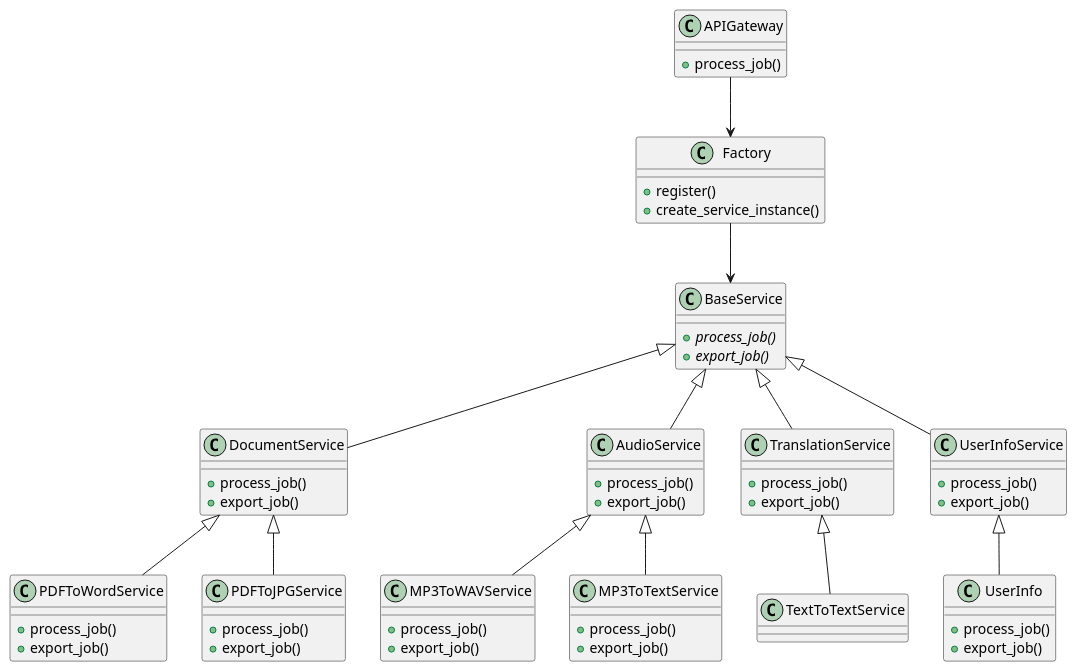
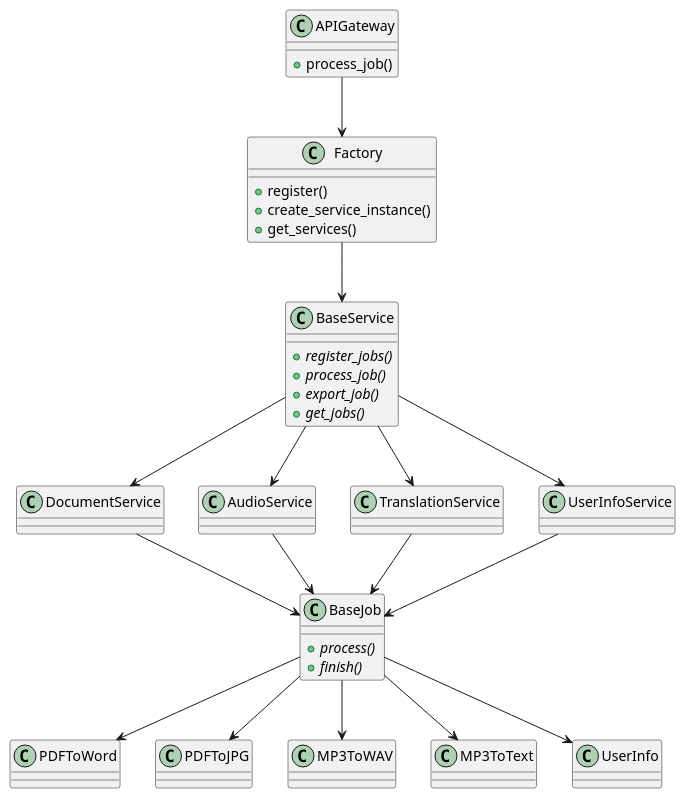
One commit to andresacg30/it-services changed the diagram in docs/diagrams/class_diagram.puml. Above: the diagram before and after it, drawn with PlantUML. The commit also changed 25 other files, not shown here.

```diff
--- a/docs/diagrams/class_diagram.puml
+++ b/docs/diagrams/class_diagram.puml
@@ -1,75 +1,75 @@
 @startuml Class Diagram
 
 class APIGateway {
   + process_job()
 }
 
 class Factory {
   + register()
   + create_service_instance()
+  + get_services()
 }
 
 class BaseService {
+  {abstract} + register_jobs()
   {abstract} + process_job()
   {abstract} + export_job()
+  {abstract} + get_jobs()
 }
 
 class DocumentService {
-  + process_job()
-  + export_job()
 }
 
 class AudioService {
-  + process_job()
-  + export_job()
 }
 
 class TranslationService {
-  + process_job()
-  + export_job()
 }
 
 class UserInfoService {
-  + process_job()
-  + export_job()
+
 }
 
-class PDFToWordService {
-  + process_job()
-  + export_job()
+class BaseJob{
+  {abstract} + process()
+  {abstract} + finish()
 }
 
-class PDFToJPGService {
-  + process_job()
-  + export_job()
+class PDFToWord {
+
 }
 
-class MP3ToWAVService {
-  + process_job()
-  + export_job()
+class PDFToJPG {
+
 }
 
-class MP3ToTextService {
-  + process_job()
-  + export_job()
+class MP3ToWAV {
+
+}
+
+class MP3ToText {
+
 }
 
 class UserInfo {
-  + process_job()
-  + export_job()
+
 }
 
 APIGateway --> Factory
 Factory --> BaseService
-BaseService <|-- DocumentService
-BaseService <|-- AudioService
-BaseService <|-- TranslationService
-BaseService <|-- UserInfoService
-DocumentService <|-- PDFToWordService
-DocumentService <|-- PDFToJPGService
-AudioService <|-- MP3ToWAVService
-AudioService <|-- MP3ToTextService
-TranslationService <|-- TextToTextService
-UserInfoService <|-- UserInfo
+BaseService -->  DocumentService
+BaseService -->  AudioService
+BaseService -->  TranslationService
+BaseService -->  UserInfoService
+DocumentService -->  BaseJob
+AudioService --> BaseJob
+TranslationService -->  BaseJob
+UserInfoService -->  BaseJob
+BaseJob --> PDFToWord
+BaseJob --> PDFToJPG
+BaseJob --> MP3ToWAV
+BaseJob --> MP3ToText
+BaseJob --> UserInfo
+
 
 @enduml
```
